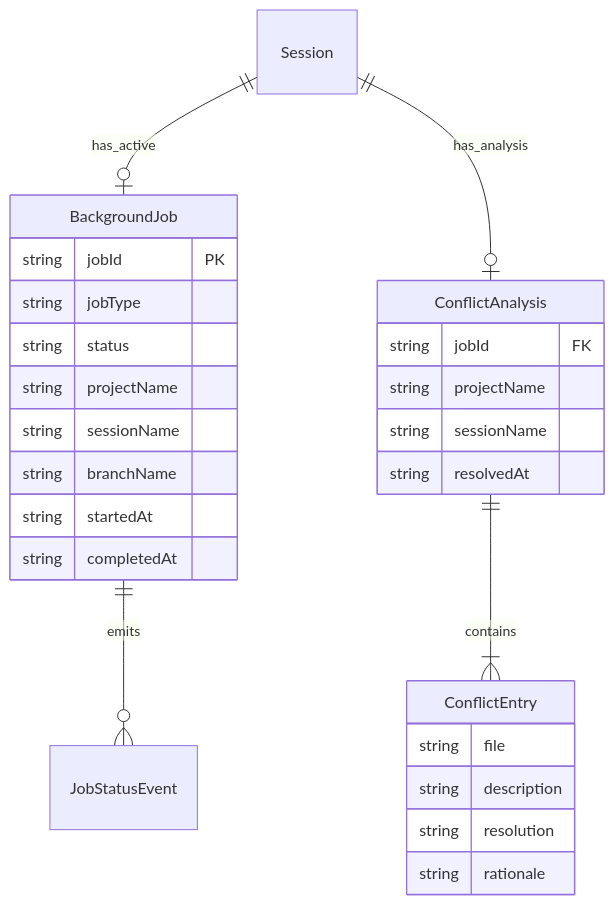
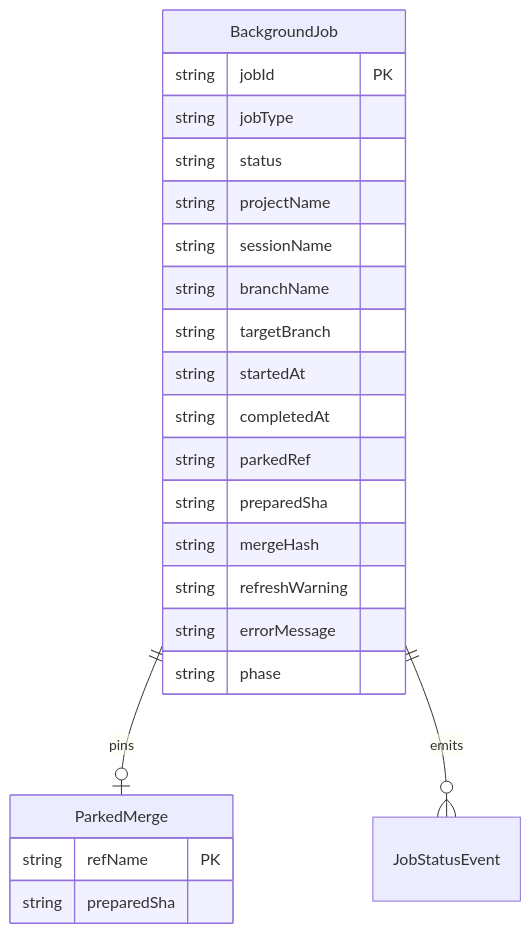
Before and after one commit to amhuppert/remote-ai-manager: the fifth of 6 diagrams in .kiro/specs/smart-merge/design.md, drawn with Mermaid. The commit also changed other lines of this file and 102 other files, not shown here.

````diff
--- a/.kiro/specs/smart-merge/design.md
+++ b/.kiro/specs/smart-merge/design.md
@@ -901,32 +805,28 @@
 ```mermaid
 erDiagram
-    Session ||--o| BackgroundJob : has_active
-    Session ||--o| ConflictAnalysis : has_analysis
+    BackgroundJob ||--o| ParkedMerge : pins
     BackgroundJob ||--o{ JobStatusEvent : emits
-    ConflictAnalysis ||--|{ ConflictEntry : contains
 
     BackgroundJob {
         string jobId PK
         string jobType
         string status
         string projectName
         string sessionName
         string branchName
+        string targetBranch
         string startedAt
         string completedAt
+        string parkedRef
+        string preparedSha
+        string mergeHash
+        string refreshWarning
+        string errorMessage
+        string phase
     }
 
-    ConflictAnalysis {
-        string jobId FK
-        string projectName
-        string sessionName
-        string resolvedAt
-    }
-
-    ConflictEntry {
-        string file
-        string description
-        string resolution
-        string rationale
+    ParkedMerge {
+        string refName PK
+        string preparedSha
     }
 ```
````
